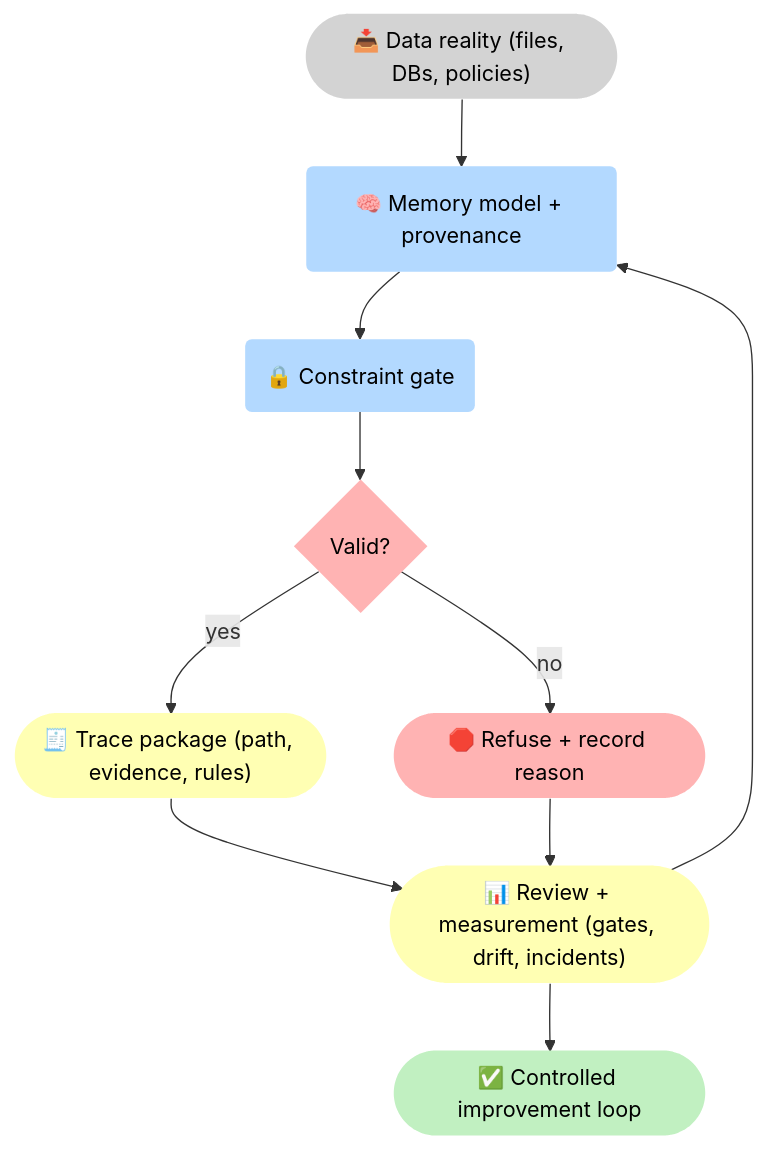
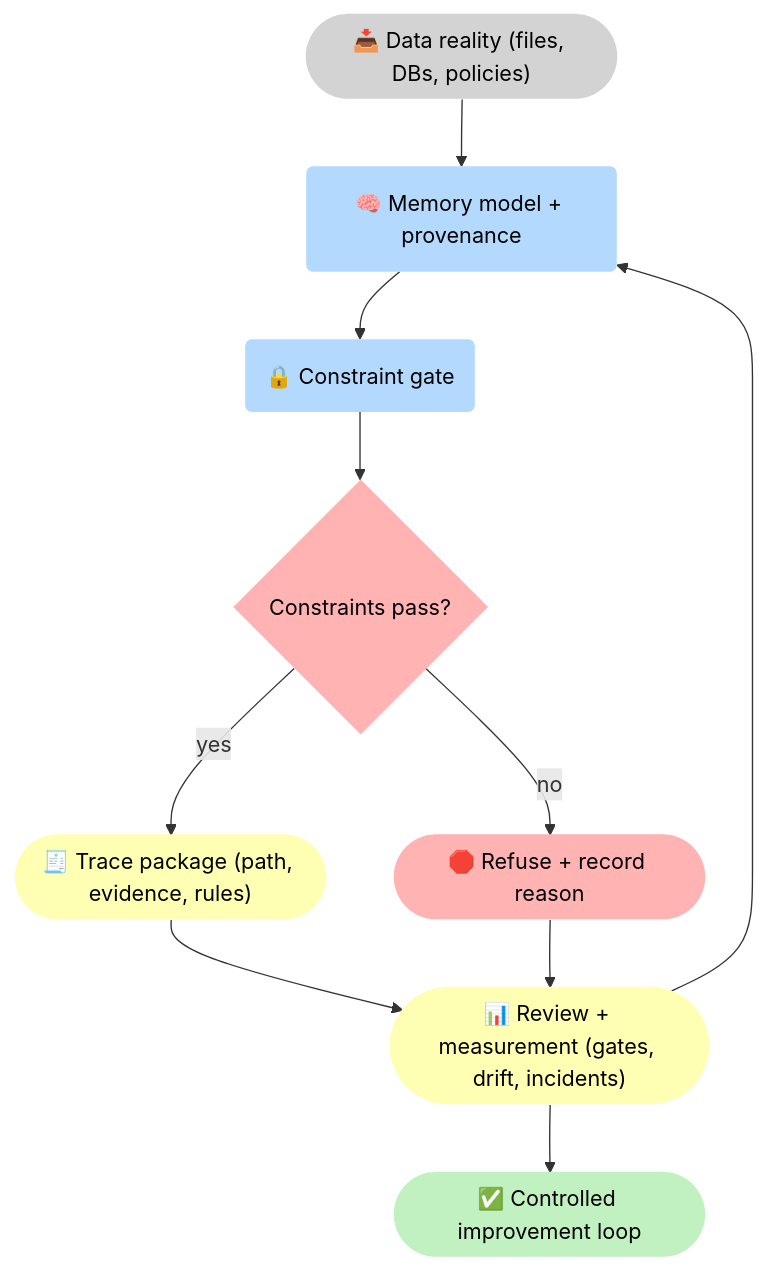
The third of 3 diagrams in docs/services/index.md (5Reasons/5reasons.github.io), drawn with Mermaid before and after one commit. The commit also changed other lines of this file and 11 other files, not shown here.

````diff
--- a/docs/services/index.md
+++ b/docs/services/index.md
@@ -174,29 +196,29 @@
 ```mermaid
 flowchart TB
 %% Styles (brModel Standard)
 classDef i fill:#D3D3D3,stroke-width:0px,color:#000;
 classDef p fill:#B3D9FF,stroke-width:0px,color:#000;
 classDef r fill:#FFFFB3,stroke-width:0px,color:#000;
 classDef o fill:#C1F0C1,stroke-width:0px,color:#000;
 classDef s fill:#FFB3B3,stroke-width:0px,color:#000;
 
 I_Data(["📥 Data reality (files, DBs, policies)"]):::i
 P_Model("🧠 Memory model + provenance"):::p
 P_Gate("🔒 Constraint gate"):::p
-G_OK{"Valid?"}:::s
+G_OK{"Constraints pass?"}:::s
 R_Trace(["🧾 Trace package (path, evidence, rules)"]):::r
 R_Measure(["📊 Review + measurement (gates, drift, incidents)"]):::r
 O_Improve(["✅ Controlled improvement loop"]):::o
 
 S_Block(["🛑 Refuse + record reason"]):::s
 
 I_Data --> P_Model --> P_Gate --> G_OK
 G_OK -->|"yes"| R_Trace --> R_Measure --> P_Model
 G_OK -->|"no"| S_Block --> R_Measure 
 R_Measure --> O_Improve
 
 %% Clickable nodes
 click P_Gate "/methodology/constraints/" "Constraints & SHACL"
 click R_Trace "/methodology/brcausalgraphrag/" "Trace objects"
 click P_Model "/methodology/property-and-knowledge-graphs/" "Graphs"
 ```
````
